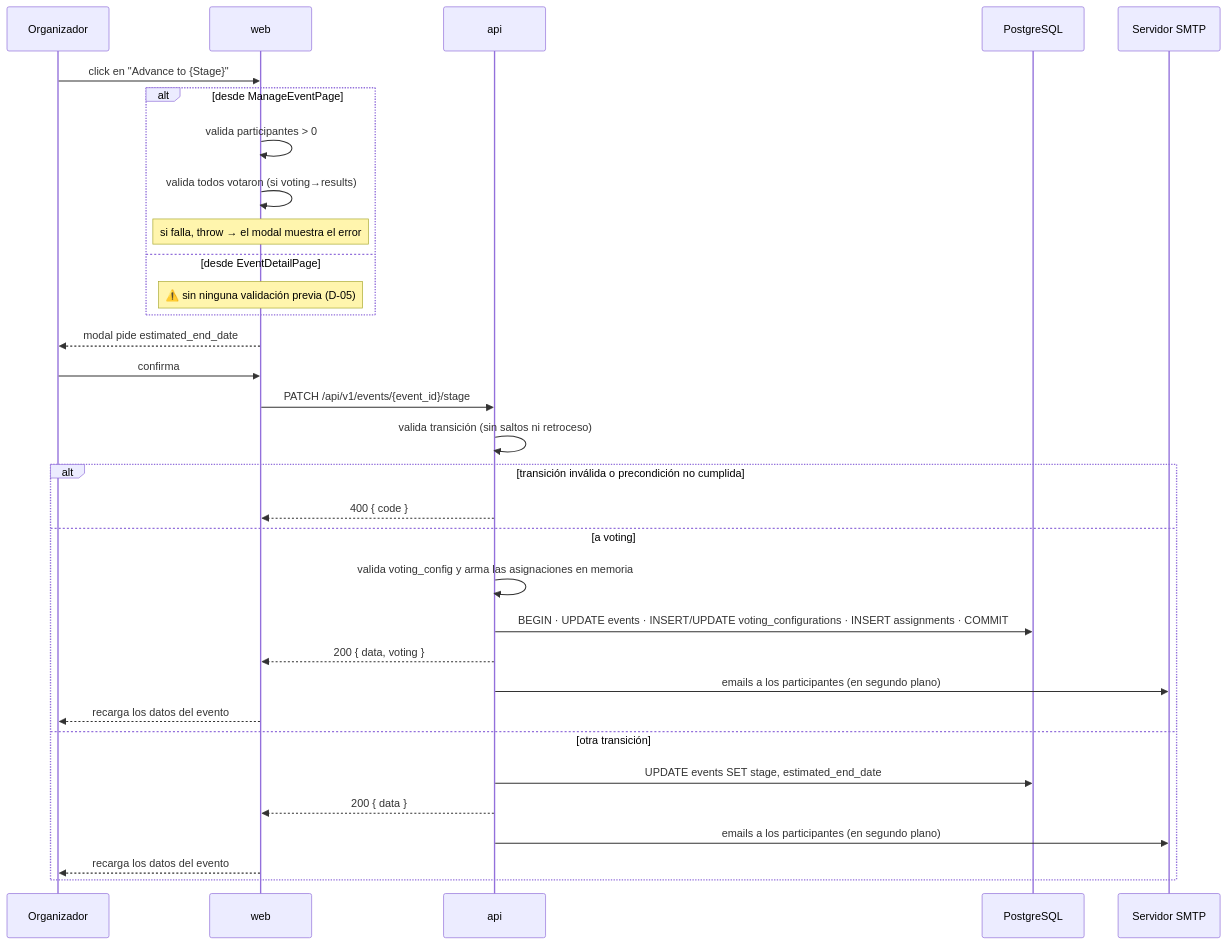
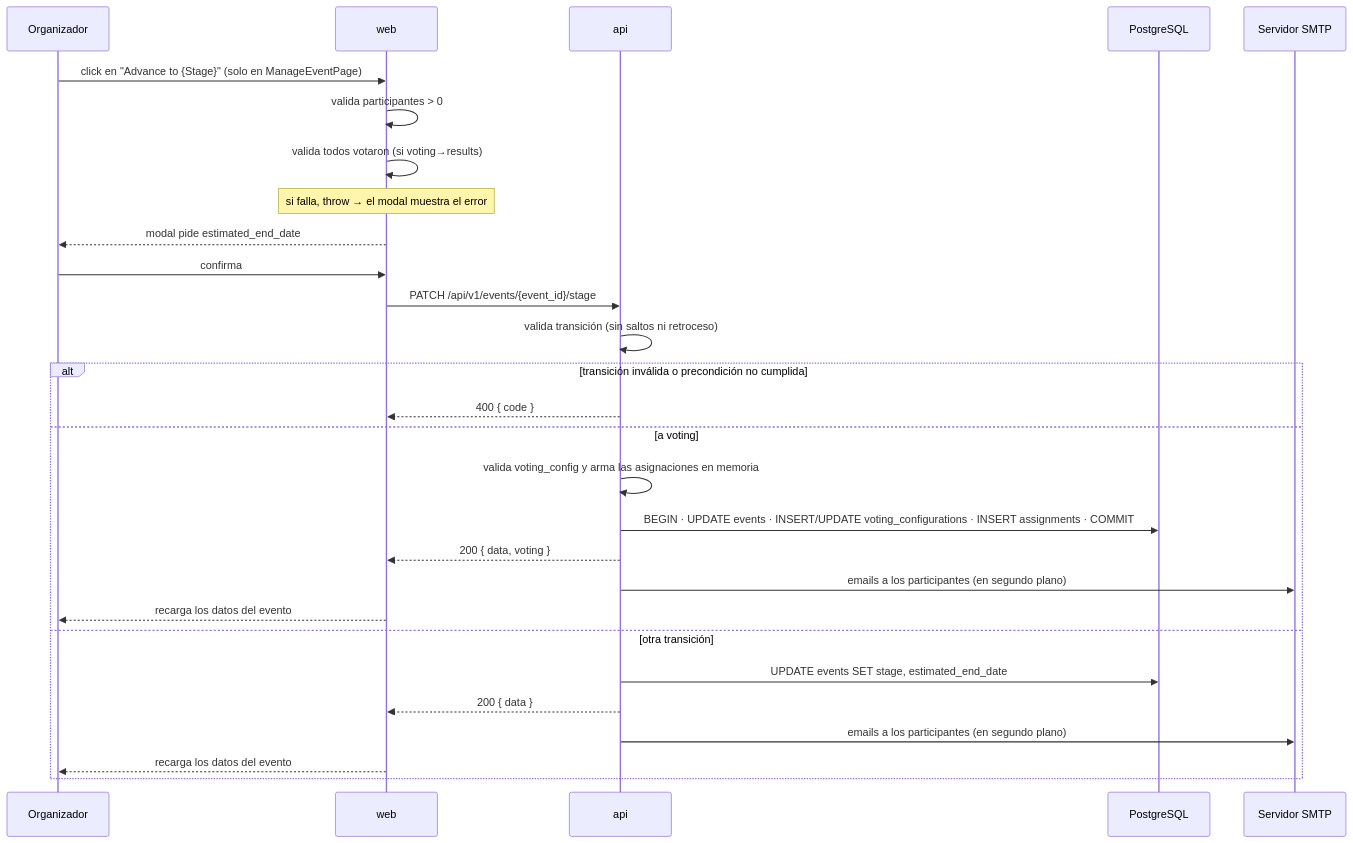
The diagram in docs/flows/avance-de-etapa-del-evento.md (gravadigital/telescope), drawn with Mermaid before and after one commit. The commit also changed other lines of this file and 62 other files, not shown here.

````diff
--- a/docs/flows/avance-de-etapa-del-evento.md
+++ b/docs/flows/avance-de-etapa-del-evento.md
@@ -59,37 +59,33 @@
 ```mermaid
 sequenceDiagram
     participant O as Organizador
     participant WEB as web
     participant API as api
     participant DB as PostgreSQL
     participant SMTP as Servidor SMTP
 
-    O->>WEB: click en "Advance to {Stage}"
+    O->>WEB: click en "Advance to {Stage}" (solo en ManageEventPage)
 
-    alt desde ManageEventPage
-        WEB->>WEB: valida participantes > 0
-        WEB->>WEB: valida todos votaron (si voting→results)
-        Note over WEB: si falla, throw → el modal muestra el error
-    else desde EventDetailPage
-        Note over WEB: ⚠️ sin ninguna validación previa (D-05)
-    end
+    WEB->>WEB: valida participantes > 0
+    WEB->>WEB: valida todos votaron (si voting→results)
+    Note over WEB: si falla, throw → el modal muestra el error
 
     WEB-->>O: modal pide estimated_end_date
     O->>WEB: confirma
     WEB->>API: PATCH /api/v1/events/{event_id}/stage
     API->>API: valida transición (sin saltos ni retroceso)
     alt transición inválida o precondición no cumplida
         API-->>WEB: 400 { code }
     else a voting
         API->>API: valida voting_config y arma las asignaciones en memoria
         API->>DB: BEGIN · UPDATE events · INSERT/UPDATE voting_configurations · INSERT assignments · COMMIT
         API-->>WEB: 200 { data, voting }
         API->>SMTP: emails a los participantes (en segundo plano)
         WEB-->>O: recarga los datos del evento
     else otra transición
         API->>DB: UPDATE events SET stage, estimated_end_date
         API-->>WEB: 200 { data }
         API->>SMTP: emails a los participantes (en segundo plano)
         WEB-->>O: recarga los datos del evento
     end
 ```
````
